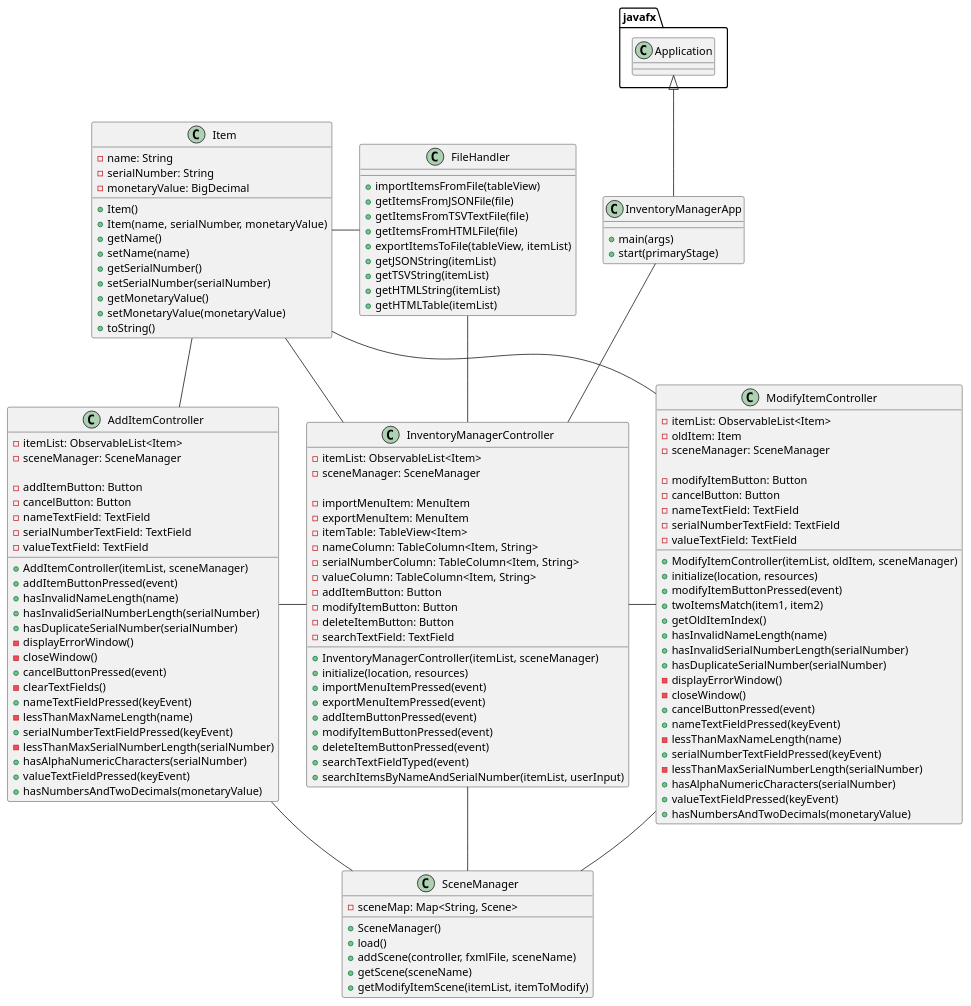
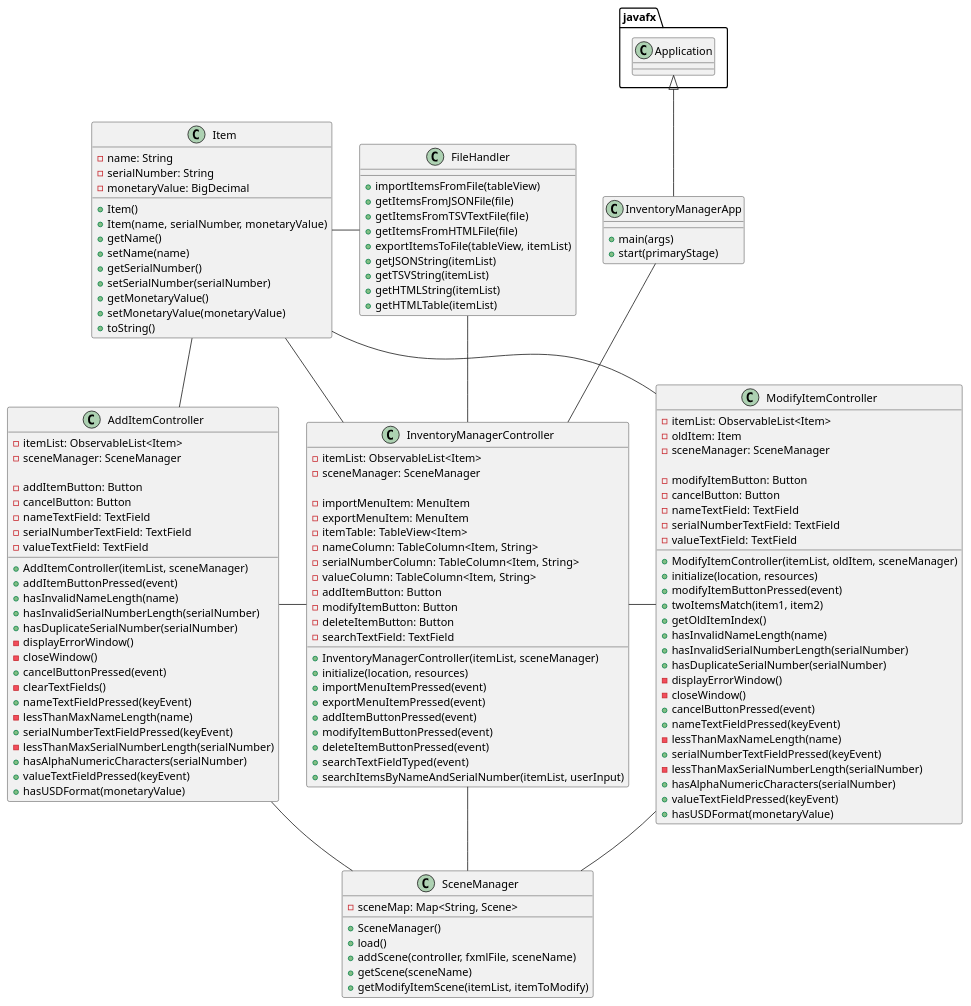
One commit to RyanTurner02/inventory-manager changed the diagram in uml/InventoryManager.puml. Above: the diagram before and after it, drawn with PlantUML. The commit also changed 7 other files, not shown here.

```diff
--- a/uml/InventoryManager.puml
+++ b/uml/InventoryManager.puml
@@ -1,147 +1,147 @@
 @startuml
 
 class InventoryManagerApp {
     + main(args)
     + start(primaryStage)
 }
 
 class SceneManager {
     - sceneMap: Map<String, Scene>
 
     + SceneManager()
     + load()
     + addScene(controller, fxmlFile, sceneName)
     + getScene(sceneName)
     + getModifyItemScene(itemList, itemToModify)
 }
 
 class InventoryManagerController {
     - itemList: ObservableList<Item>
     - sceneManager: SceneManager
 
     - importMenuItem: MenuItem
     - exportMenuItem: MenuItem
     - itemTable: TableView<Item>
     - nameColumn: TableColumn<Item, String>
     - serialNumberColumn: TableColumn<Item, String>
     - valueColumn: TableColumn<Item, String>
     - addItemButton: Button
     - modifyItemButton: Button
     - deleteItemButton: Button
     - searchTextField: TextField
 
     + InventoryManagerController(itemList, sceneManager)
     + initialize(location, resources)
     + importMenuItemPressed(event)
     + exportMenuItemPressed(event)
     + addItemButtonPressed(event)
     + modifyItemButtonPressed(event)
     + deleteItemButtonPressed(event)
     + searchTextFieldTyped(event)
     + searchItemsByNameAndSerialNumber(itemList, userInput)
 }
 
 class AddItemController {
     - itemList: ObservableList<Item>
     - sceneManager: SceneManager
 
     - addItemButton: Button
     - cancelButton: Button
     - nameTextField: TextField
     - serialNumberTextField: TextField
     - valueTextField: TextField
 
     + AddItemController(itemList, sceneManager)
     + addItemButtonPressed(event)
     + hasInvalidNameLength(name)
     + hasInvalidSerialNumberLength(serialNumber)
     + hasDuplicateSerialNumber(serialNumber)
     - displayErrorWindow()
     - closeWindow()
     + cancelButtonPressed(event)
     - clearTextFields()
     + nameTextFieldPressed(keyEvent)
     - lessThanMaxNameLength(name)
     + serialNumberTextFieldPressed(keyEvent)
     - lessThanMaxSerialNumberLength(serialNumber)
     + hasAlphaNumericCharacters(serialNumber)
     + valueTextFieldPressed(keyEvent)
-    + hasNumbersAndTwoDecimals(monetaryValue)
+    + hasUSDFormat(monetaryValue)
 }
 
 class ModifyItemController {
     - itemList: ObservableList<Item>
     - oldItem: Item
     - sceneManager: SceneManager
 
     - modifyItemButton: Button
     - cancelButton: Button
     - nameTextField: TextField
     - serialNumberTextField: TextField
     - valueTextField: TextField
 
     + ModifyItemController(itemList, oldItem, sceneManager)
     + initialize(location, resources)
     + modifyItemButtonPressed(event)
     + twoItemsMatch(item1, item2)
     + getOldItemIndex()
     + hasInvalidNameLength(name)
     + hasInvalidSerialNumberLength(serialNumber)
     + hasDuplicateSerialNumber(serialNumber)
     - displayErrorWindow()
     - closeWindow()
     + cancelButtonPressed(event)
     + nameTextFieldPressed(keyEvent)
     - lessThanMaxNameLength(name)
     + serialNumberTextFieldPressed(keyEvent)
     - lessThanMaxSerialNumberLength(serialNumber)
     + hasAlphaNumericCharacters(serialNumber)
     + valueTextFieldPressed(keyEvent)
-    + hasNumbersAndTwoDecimals(monetaryValue)
+    + hasUSDFormat(monetaryValue)
 }
 
 class FileHandler {
     + importItemsFromFile(tableView)
     + getItemsFromJSONFile(file)
     + getItemsFromTSVTextFile(file)
     + getItemsFromHTMLFile(file)
     + exportItemsToFile(tableView, itemList)
     + getJSONString(itemList)
     + getTSVString(itemList)
     + getHTMLString(itemList)
     + getHTMLTable(itemList)
 }
 
 class Item {
     - name: String
     - serialNumber: String
     - monetaryValue: BigDecimal
 
     + Item()
     + Item(name, serialNumber, monetaryValue)
     + getName()
     + setName(name)
     + getSerialNumber()
     + setSerialNumber(serialNumber)
     + getMonetaryValue()
     + setMonetaryValue(monetaryValue)
     + toString()
 }
 
 javafx.Application <|-- InventoryManagerApp
 
 InventoryManagerApp -- InventoryManagerController
 AddItemController - InventoryManagerController
 InventoryManagerController - ModifyItemController
 FileHandler -- InventoryManagerController
 
 SceneManager -- InventoryManagerController
 SceneManager -- AddItemController
 ModifyItemController -- SceneManager
 
 Item -- InventoryManagerController
 Item -- AddItemController
 Item -- ModifyItemController
 Item - FileHandler
 
 @enduml
```
